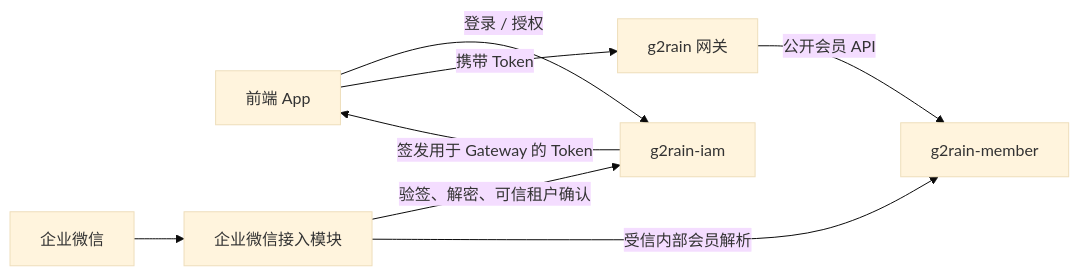
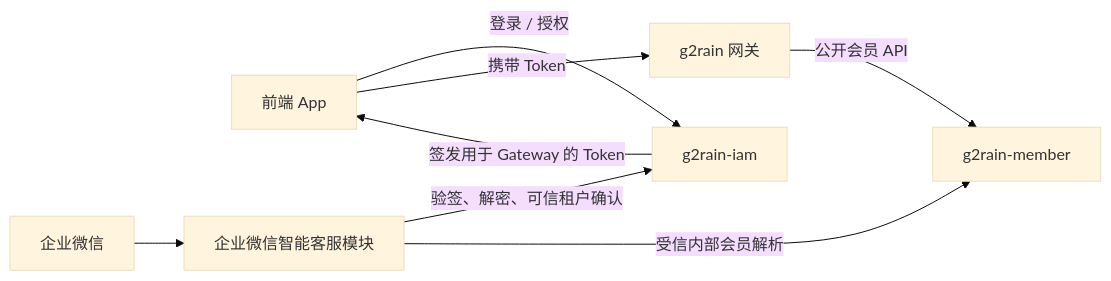
One commit to g2rain/g2rain-member changed the diagram in README.md. Above: the diagram before and after it, drawn with Mermaid (base theme). The commit also changed other lines of this file and 9 other files, not shown here.

````diff
--- a/README.md
+++ b/README.md
@@ -35,10 +35,10 @@
 ```mermaid
 flowchart LR
   App[前端 App] -->|登录 / 授权| IAM[g2rain-iam]
   IAM -->|签发用于 Gateway 的 Token| App
   App -->|携带 Token| Gateway[g2rain 网关]
   Gateway -->|公开会员 API| Member[g2rain-member]
-  WeCom[企业微信] --> Connector[企业微信接入模块]
+  WeCom[企业微信] --> Connector[企业微信智能客服模块]
   Connector -->|验签、解密、可信租户确认| IAM
   Connector -->|受信内部会员解析| Member
 ```
````
